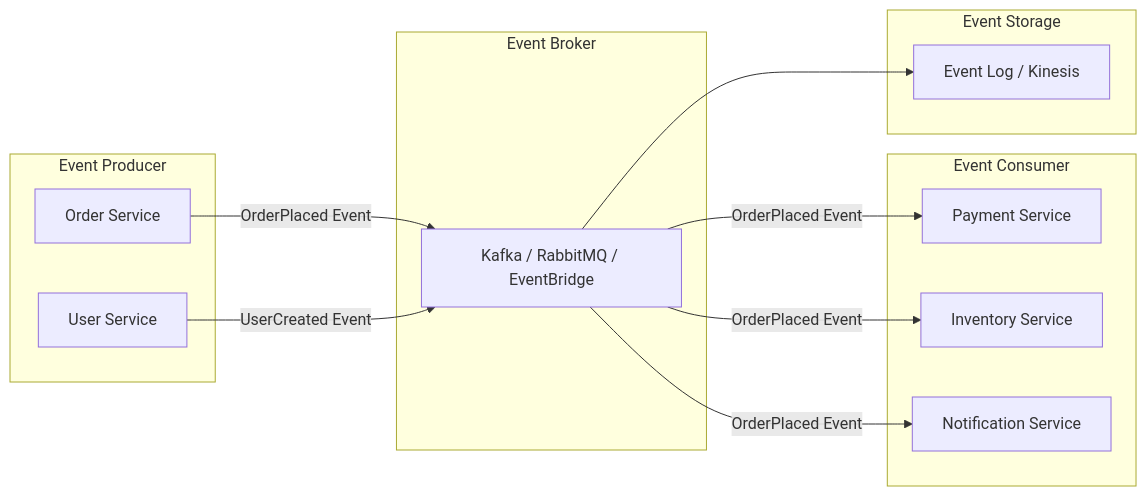
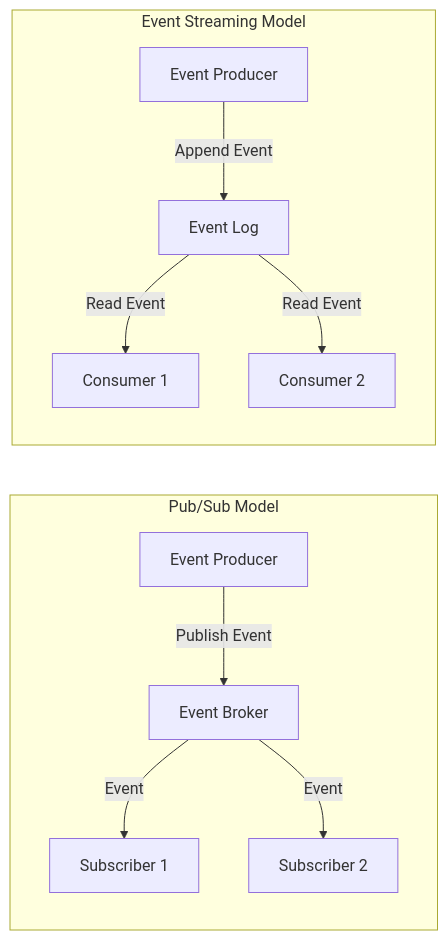
Before and after one commit to Charikshith/Learing_System_Design: diagram 26 of 26 in System_Design/4 - Architectural Patterns (System Design Fundamentals).md, drawn with Mermaid. The commit also changed other lines of this file and 40 other files, not shown here.

````diff
--- a/System_Design/4 - Architectural Patterns (System Design Fundamentals).md
+++ b/System_Design/4 - Architectural Patterns (System Design Fundamentals).md
@@ -1046,25 +1360,19 @@
 ```mermaid
-flowchart LR
-    subgraph Event Producer
-        A[Order Service]
-        B[User Service]
-    end
-    subgraph Event Broker
-        C[Kafka / RabbitMQ / EventBridge]
-    end
-    subgraph Event Consumer
-        D[Payment Service]
-        E[Inventory Service]
-        F[Notification Service]
-    end
-    subgraph Event Storage
-        G[Event Log / Kinesis]
-    end
+graph LR
+  A[Event Producer] -- Publish Event --> B[Event Broker]
+  B -- Event --> C[Subscriber 1]
+  B -- Event --> D[Subscriber 2]
 
-    A -- "OrderPlaced Event" --> C
-    B -- "UserCreated Event" --> C
-    C -- "OrderPlaced Event" --> D
-    C -- "OrderPlaced Event" --> E
-    C -- "OrderPlaced Event" --> F
-    C --> G
+  subgraph PubSub [Pub/Sub Model]
+    A
+    B
+    C
+    D
+  end
+
+  subgraph EventStreamingModel [Event Streaming Model]
+    E[Event Producer] -- Append Event --> F[Event Log]
+    F -- Read Event --> G[Consumer 1]
+    F -- Read Event --> H[Consumer 2]
+  end
 ```
````
